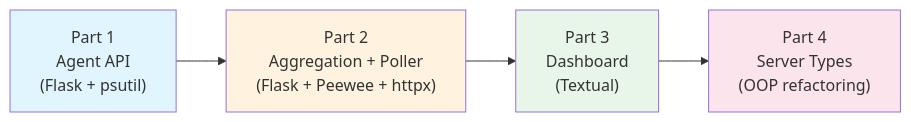
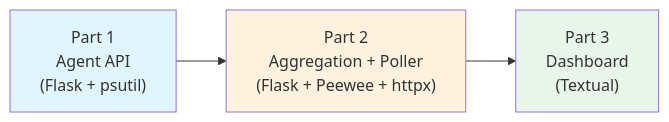
One commit to austin8s/student_notes_202610 changed the sixth of 6 diagrams in project/project_server_fleet_monitor_overview.md. Above: the diagram before and after it, drawn with Mermaid. The commit also changed other lines of this file and 20 other files, not shown here.

````diff
--- a/project/project_server_fleet_monitor_overview.md
+++ b/project/project_server_fleet_monitor_overview.md
@@ -379,14 +322,12 @@
 ```mermaid
 flowchart LR
     p1["Part 1\nAgent API\n(Flask + psutil)"]
     p2["Part 2\nAggregation + Poller\n(Flask + Peewee + httpx)"]
     p3["Part 3\nDashboard\n(Textual)"]
-    p4["Part 4\nServer Types\n(OOP refactoring)"]
 
-    p1 --> p2 --> p3 --> p4
+    p1 --> p2 --> p3
 
     style p1 fill:#e1f5fe
     style p2 fill:#fff3e0
     style p3 fill:#e8f5e9
-    style p4 fill:#fce4ec
 ```
````
